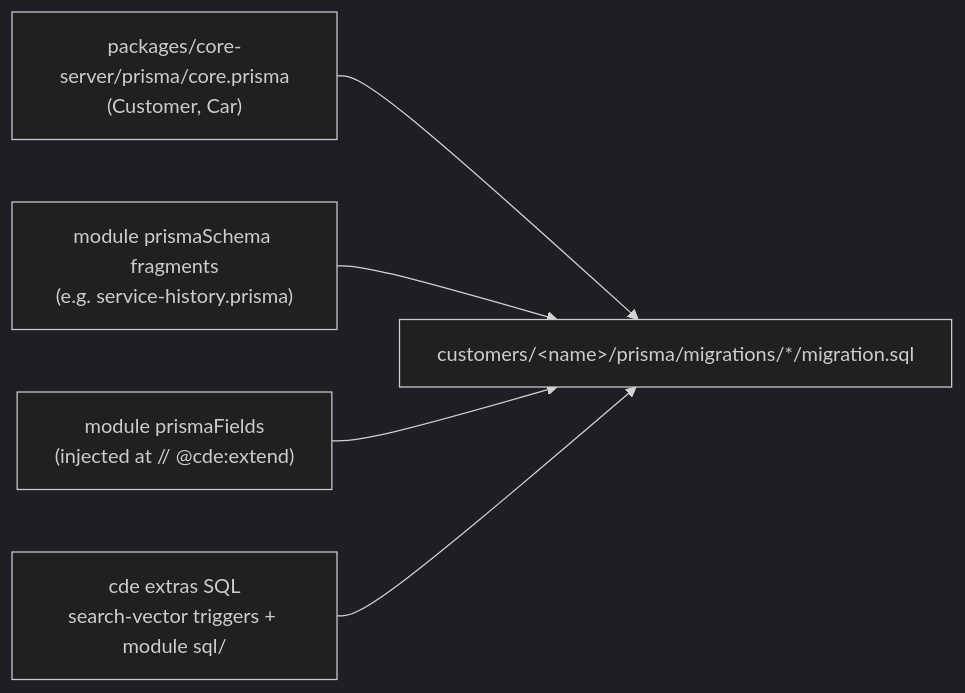
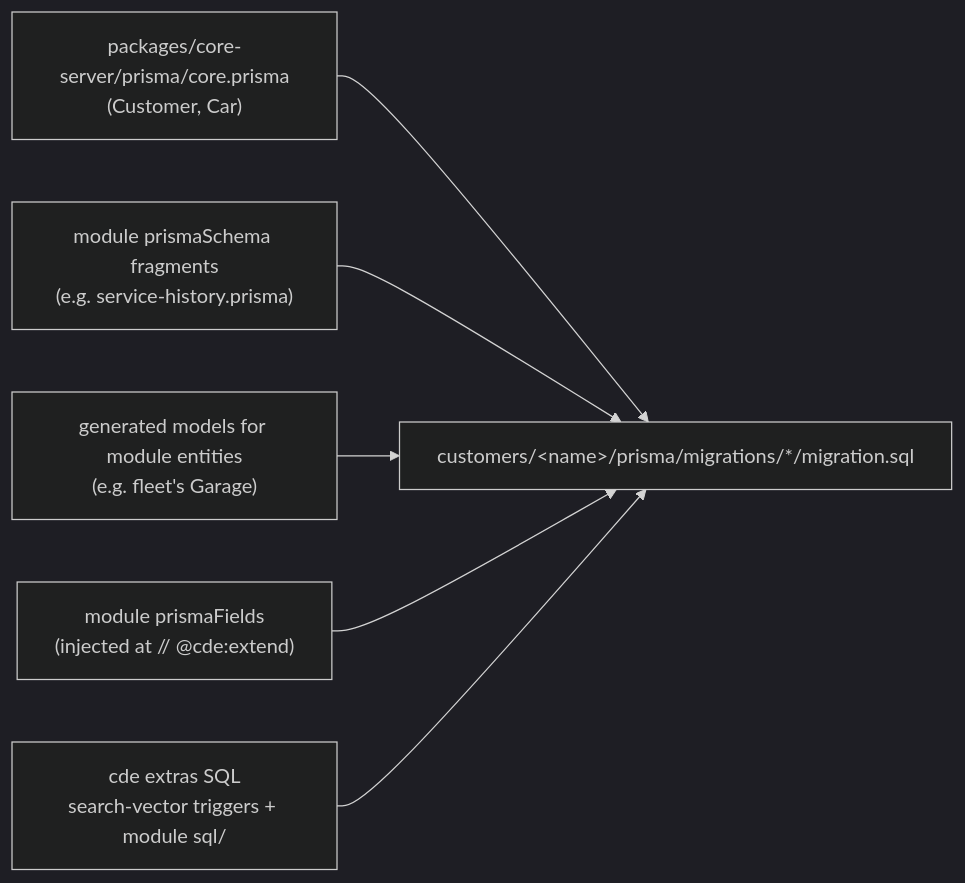
One commit to MatthewNichols/configurable-data-experiment changed the first of 6 diagrams in DB-SCHEMA.md. Above: the diagram before and after it, drawn with Mermaid (dark theme). The commit also changed other lines of this file and 11 other files, not shown here.

````diff
--- a/DB-SCHEMA.md
+++ b/DB-SCHEMA.md
@@ -5,13 +5,15 @@
 ```mermaid
 flowchart LR
     core["packages/core-server/prisma/core.prisma<br/>(Customer, Car)"]
     modPrisma["module prismaSchema fragments<br/>(e.g. service-history.prisma)"]
+    modEntities["generated models for module entities<br/>(e.g. fleet's Garage)"]
     modFields["module prismaFields<br/>(injected at // @cde:extend)"]
     extras["cde extras SQL<br/>search-vector triggers + module sql/"]
     mig["customers/&lt;name&gt;/prisma/migrations/*/migration.sql"]
 
     core --> mig
     modPrisma --> mig
+    modEntities --> mig
     modFields --> mig
     extras --> mig
 ```
````
